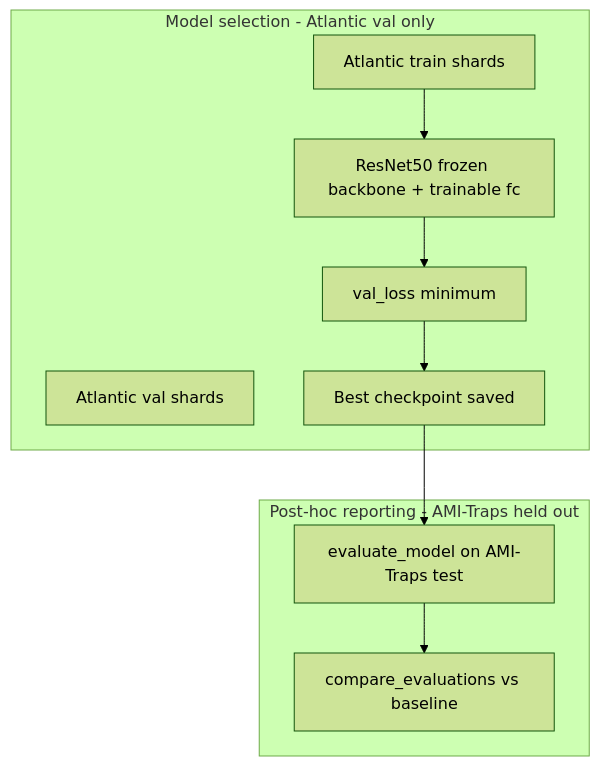
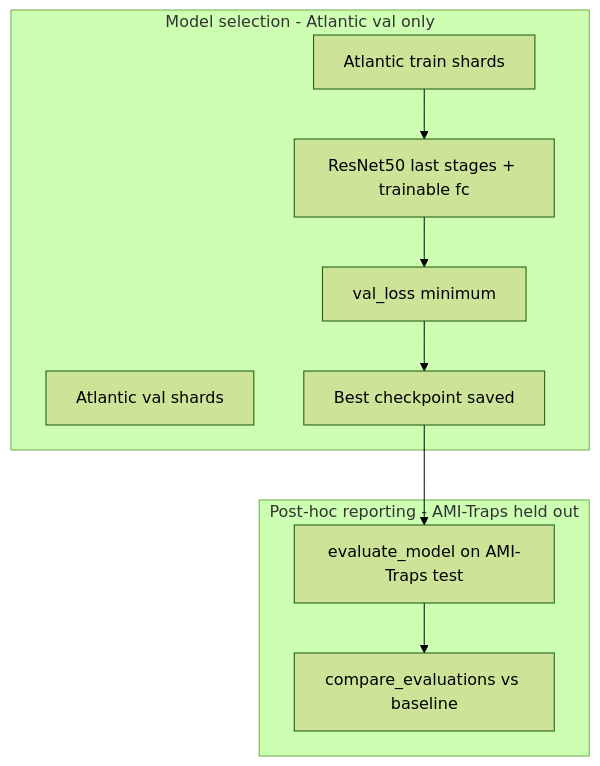
One commit to vanessavmac/ami-ml changed the first of 2 diagrams in research/fine_tuning/FINETUNING_METHODS.md. Above: the diagram before and after it, drawn with Mermaid (forest theme). The commit also changed other lines of this file and 4 other files, not shown here.

````diff
--- a/research/fine_tuning/FINETUNING_METHODS.md
+++ b/research/fine_tuning/FINETUNING_METHODS.md
@@ -19,14 +19,14 @@
 ```mermaid
 flowchart TD
   subgraph selection [Model selection - Atlantic val only]
     Train[Atlantic train shards]
     Val[Atlantic val shards]
-    Train --> Model[ResNet50 frozen backbone + trainable fc]
+    Train --> Model[ResNet50 last stages + trainable fc]
     Model --> ValLoss[val_loss minimum]
     ValLoss --> Checkpoint[Best checkpoint saved]
   end
   subgraph reporting [Post-hoc reporting - AMI-Traps held out]
     Checkpoint --> OfflineEval[evaluate_model on AMI-Traps test]
     OfflineEval --> Compare[compare_evaluations vs baseline]
   end
 ```
````
